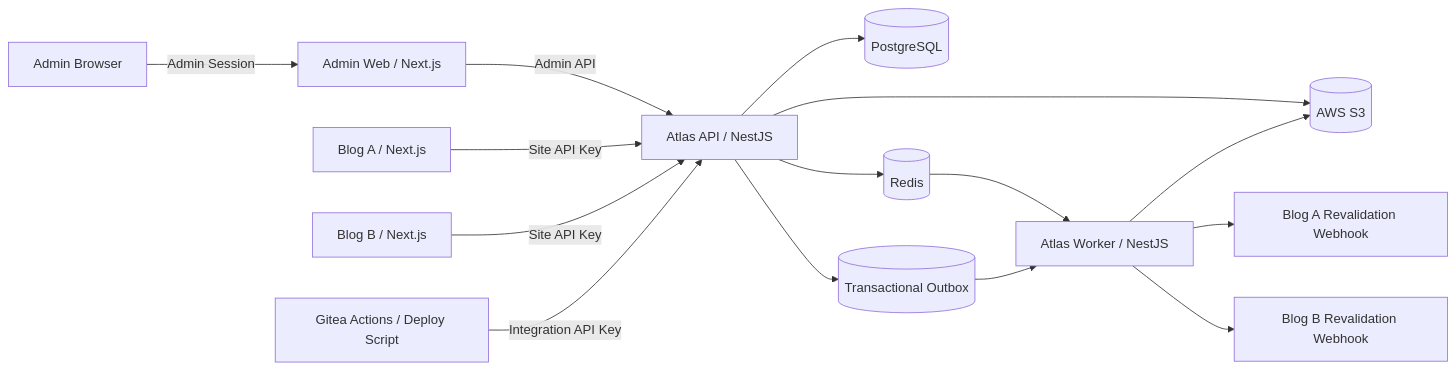
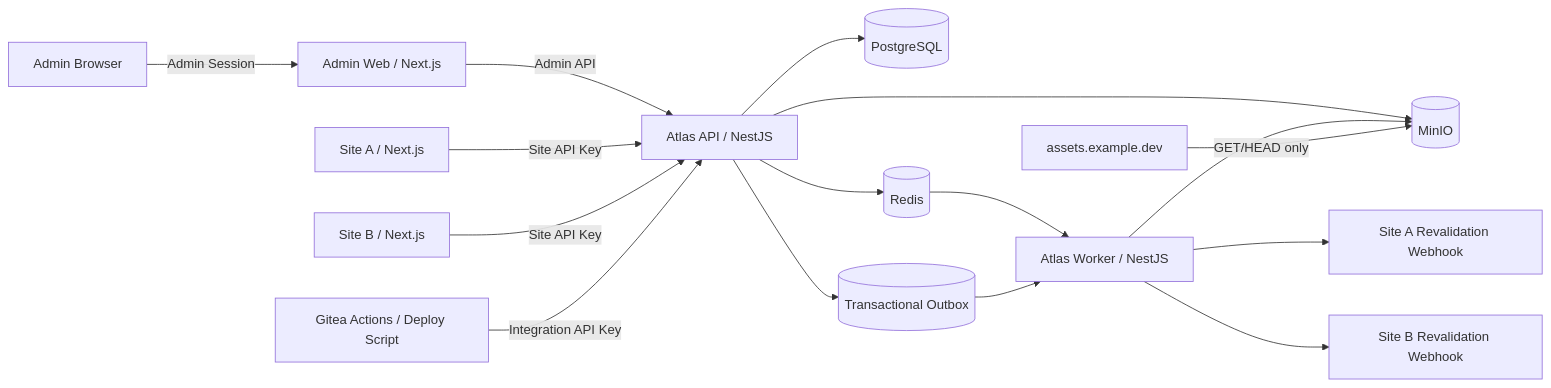
Before and after one commit to orot11955/atlas: the first of 4 diagrams in docs/atlas-platform-design.md, drawn with Mermaid. The commit also changed other lines of this file, not shown here.

Commit message:
docs: replace S3 design with MinIO architecture

````diff
--- a/docs/atlas-platform-design.md
+++ b/docs/atlas-platform-design.md
@@ -179,21 +204,23 @@
 ```mermaid
 flowchart LR
     A[Admin Browser] -->|Admin Session| AW[Admin Web / Next.js]
     AW -->|Admin API| API[Atlas API / NestJS]
 
-    B1[Blog A / Next.js] -->|Site API Key| API
-    B2[Blog B / Next.js] -->|Site API Key| API
+    B1[Site A / Next.js] -->|Site API Key| API
+    B2[Site B / Next.js] -->|Site API Key| API
     CI[Gitea Actions / Deploy Script] -->|Integration API Key| API
 
     API --> PG[(PostgreSQL)]
     API --> REDIS[(Redis)]
-    API --> S3[(AWS S3)]
+    API --> MINIO[(MinIO)]
     API --> OUTBOX[(Transactional Outbox)]
 
     REDIS --> WORKER[Atlas Worker / NestJS]
     OUTBOX --> WORKER
 
-    WORKER --> S3
-    WORKER --> WH1[Blog A Revalidation Webhook]
-    WORKER --> WH2[Blog B Revalidation Webhook]
+    WORKER --> MINIO
+    WORKER --> WH1[Site A Revalidation Webhook]
+    WORKER --> WH2[Site B Revalidation Webhook]
+
+    PUBLIC[assets.example.dev] -->|GET/HEAD only| MINIO
 ```
````
